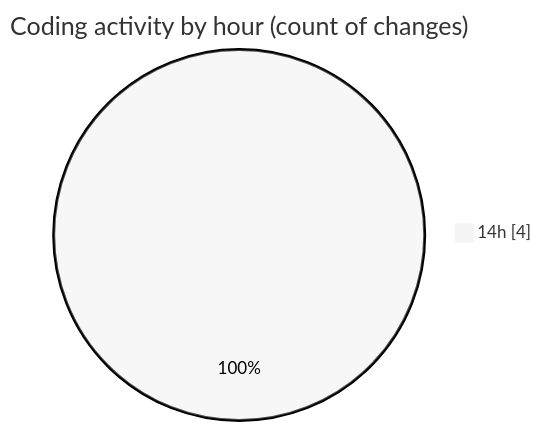
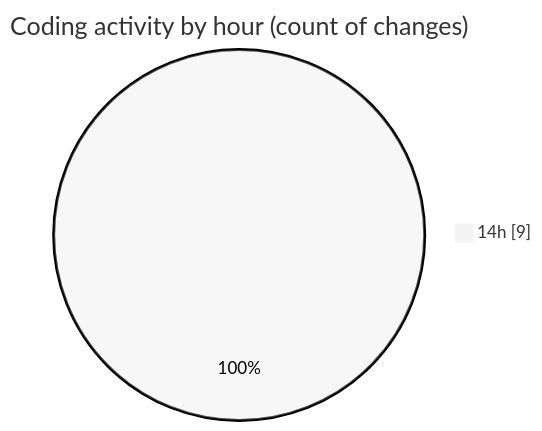
The second of 2 diagrams in 2025-02-07/recipe-page-main/README.md (NitaiMahat/code-tracking), drawn with Mermaid (neutral theme) before and after one commit. The commit also changed other lines of this file and 1 other file, not shown here.

````diff
--- a/2025-02-07/recipe-page-main/README.md
+++ b/2025-02-07/recipe-page-main/README.md
@@ -30,5 +30,5 @@
 ```mermaid
 pie showData
 title Coding activity by hour (count of changes)
-"14h" : 4
+"14h" : 9
 ```
````
